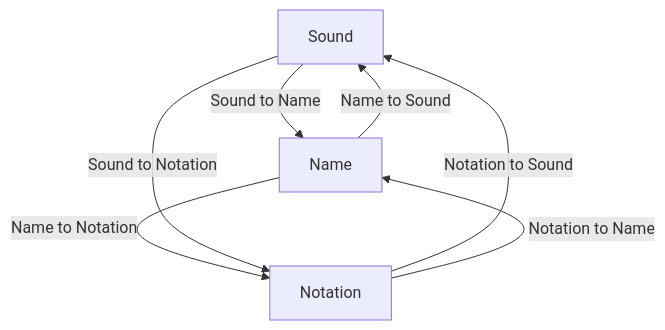
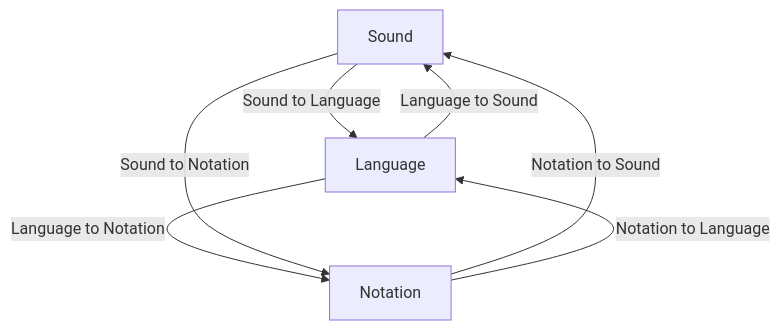
Before and after one commit to sytzez/site: the third of 3 diagrams in content/blog/modes-of-solfege.md, drawn with Mermaid. The commit also changed other lines of this file and 1 other file, not shown here.

````diff
--- a/content/blog/modes-of-solfege.md
+++ b/content/blog/modes-of-solfege.md
@@ -68,9 +68,9 @@
 ```mermaid
 graph TD
-        A[Sound]-->|Sound to Name|B[Name]
-        B-->|Name to Notation|C[Notation]
+        A[Sound]-->|Sound to Language|B[Language]
+        B-->|Language to Notation|C[Notation]
         C-->|Notation to Sound|A
         A-->|Sound to Notation|C
-        B-->|Name to Sound|A
-        C-->|Notation to Name|B
+        B-->|Language to Sound|A
+        C-->|Notation to Language|B
 ```
````
